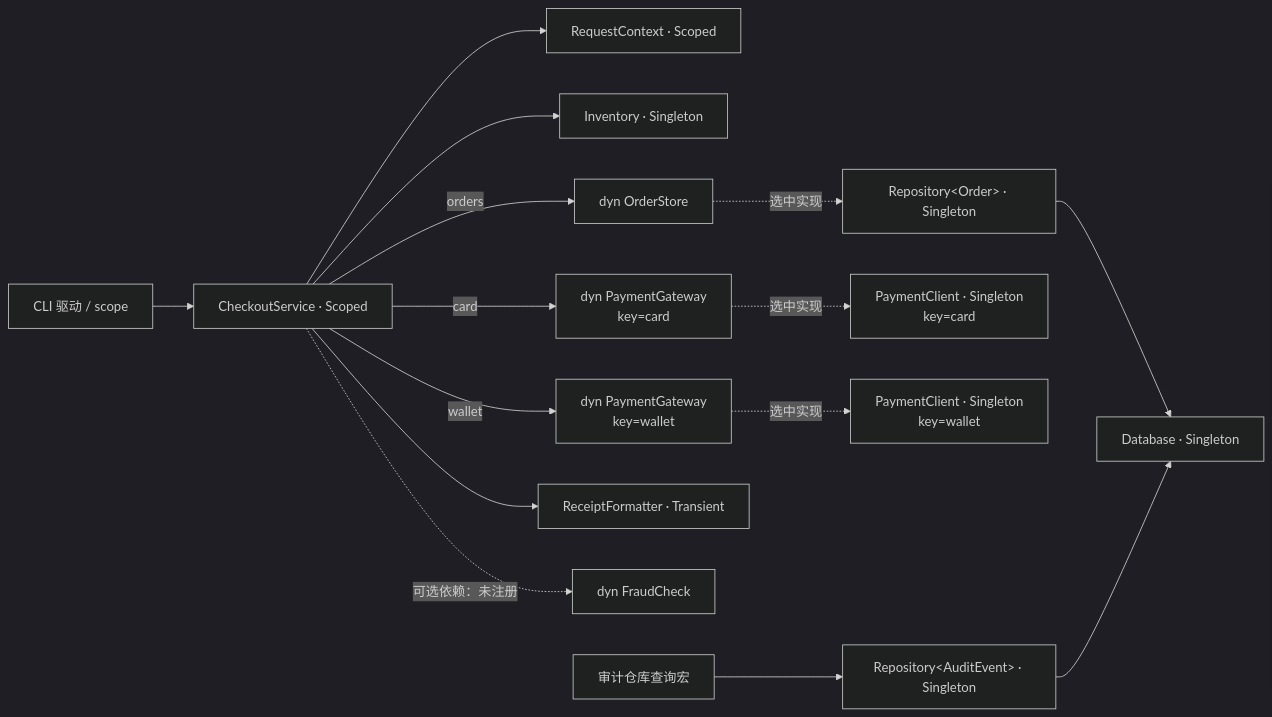
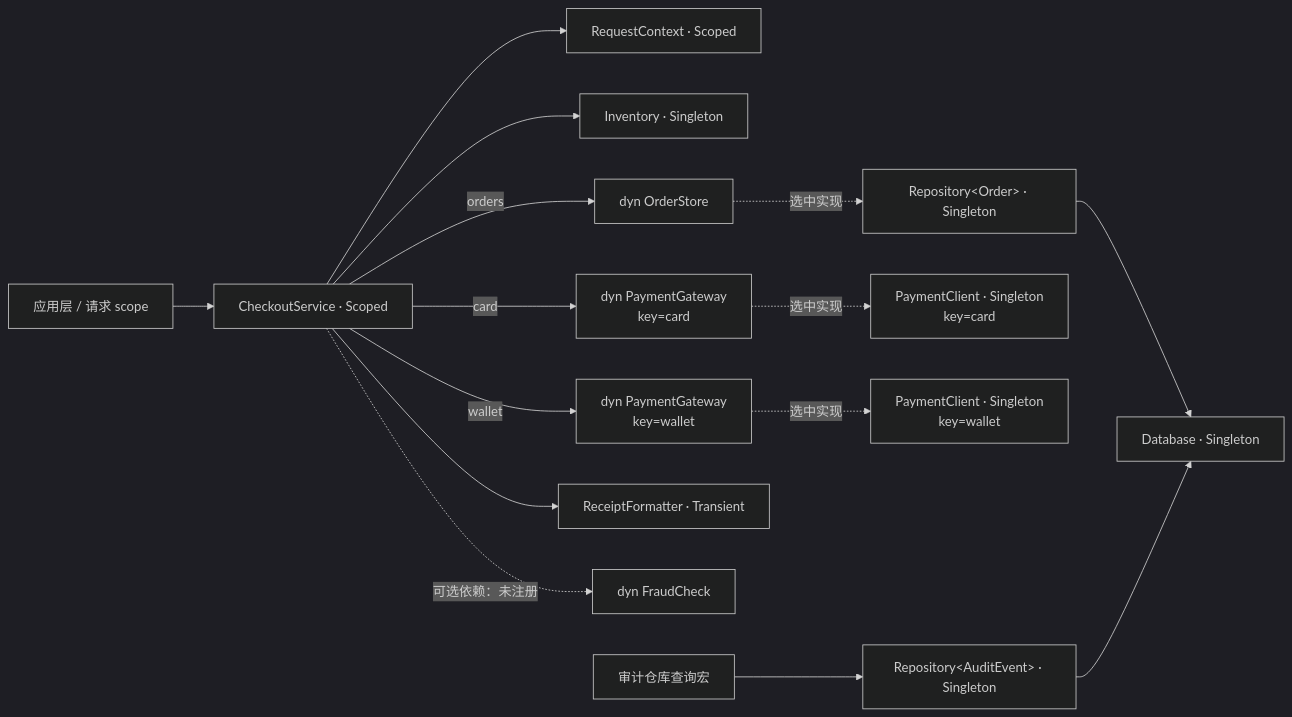
One commit to Fangfang2468/nestrs-framework changed the diagram in example/di-checkout/README.md. Above: the diagram before and after it, drawn with Mermaid (dark theme). The commit also changed other lines of this file and 25 other files, not shown here.

````diff
--- a/example/di-checkout/README.md
+++ b/example/di-checkout/README.md
@@ -128,17 +163,17 @@
 ```mermaid
 flowchart LR
-    Driver["CLI 驱动 / scope"] --> Checkout["CheckoutService · Scoped"]
+    Driver["应用层 / 请求 scope"] --> Checkout["CheckoutService · Scoped"]
     Checkout --> Context["RequestContext · Scoped"]
     Checkout --> Inventory["Inventory · Singleton"]
     Checkout -- orders --> Store["dyn OrderStore"]
     Store -. "选中实现" .-> Orders["Repository&lt;Order&gt; · Singleton"]
     Checkout -- card --> CardGateway["dyn PaymentGateway<br/>key=card"]
     Checkout -- wallet --> WalletGateway["dyn PaymentGateway<br/>key=wallet"]
     CardGateway -. "选中实现" .-> CardPayment["PaymentClient · Singleton<br/>key=card"]
     WalletGateway -. "选中实现" .-> WalletPayment["PaymentClient · Singleton<br/>key=wallet"]
     Checkout --> Receipt["ReceiptFormatter · Transient"]
     Checkout -. "可选依赖：未注册" .-> Fraud["dyn FraudCheck"]
     Orders --> Database["Database · Singleton"]
     AuditQuery["审计仓库查询宏"] --> Audit["Repository&lt;AuditEvent&gt; · Singleton"]
     Audit --> Database
 ```
````
